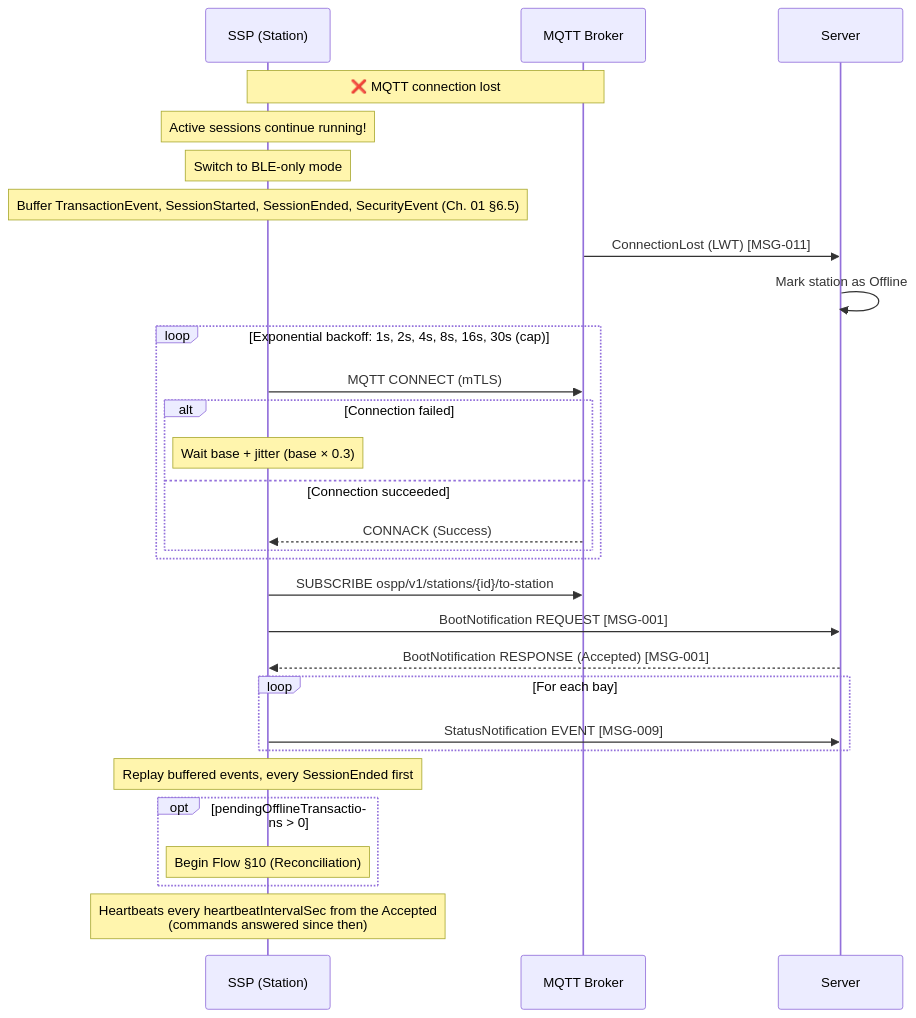
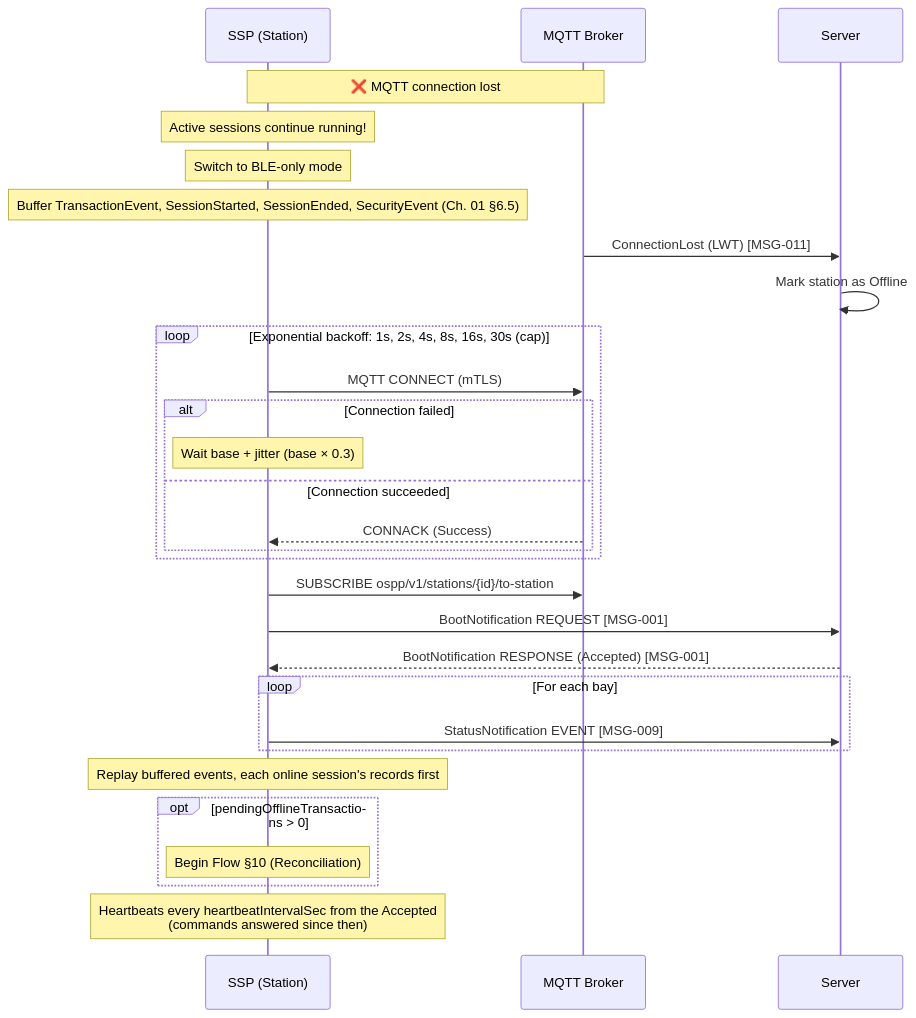
One commit to ospp-org/spec changed diagram 11 of 19 in spec/04-flows.md. Above: the diagram before and after it, drawn with Mermaid. The commit also changed other lines of this file and 13 other files, not shown here.

````diff
--- a/spec/04-flows.md
+++ b/spec/04-flows.md
@@ -1376,40 +1376,40 @@
 ```mermaid
 sequenceDiagram
     participant SSP as SSP (Station)
     participant Broker as MQTT Broker
     participant Server
 
     Note over SSP,Broker: ❌ MQTT connection lost
 
     Note over SSP: Active sessions continue running!
     Note over SSP: Switch to BLE-only mode
     Note over SSP: Buffer TransactionEvent, SessionStarted, SessionEnded, SecurityEvent (Ch. 01 §6.5)
 
     Broker->>Server: ConnectionLost (LWT) [MSG-011]
     Server->>Server: Mark station as Offline
 
     loop Exponential backoff: 1s, 2s, 4s, 8s, 16s, 30s (cap)
         SSP->>Broker: MQTT CONNECT (mTLS)
         alt Connection failed
             Note over SSP: Wait base + jitter (base × 0.3)
         else Connection succeeded
             Broker-->>SSP: CONNACK (Success)
         end
     end
 
     SSP->>Broker: SUBSCRIBE ospp/v1/stations/{id}/to-station
     SSP->>Server: BootNotification REQUEST [MSG-001]
     Server-->>SSP: BootNotification RESPONSE (Accepted) [MSG-001]
 
     loop For each bay
         SSP->>Server: StatusNotification EVENT [MSG-009]
     end
 
-    Note over SSP: Replay buffered events, every SessionEnded first
+    Note over SSP: Replay buffered events, each online session's records first
 
     opt pendingOfflineTransactions > 0
         Note over SSP: Begin Flow §10 (Reconciliation)
     end
 
     Note over SSP: Heartbeats every heartbeatIntervalSec from the Accepted<br/>(commands answered since then)
 ```
````
